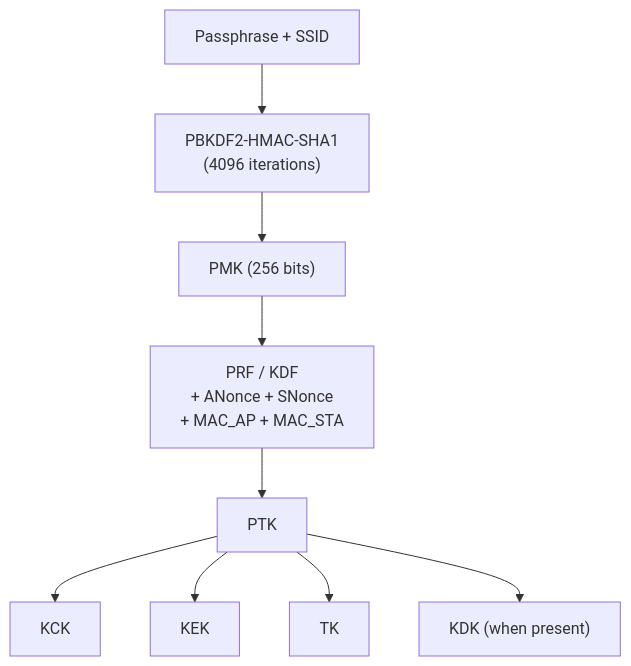
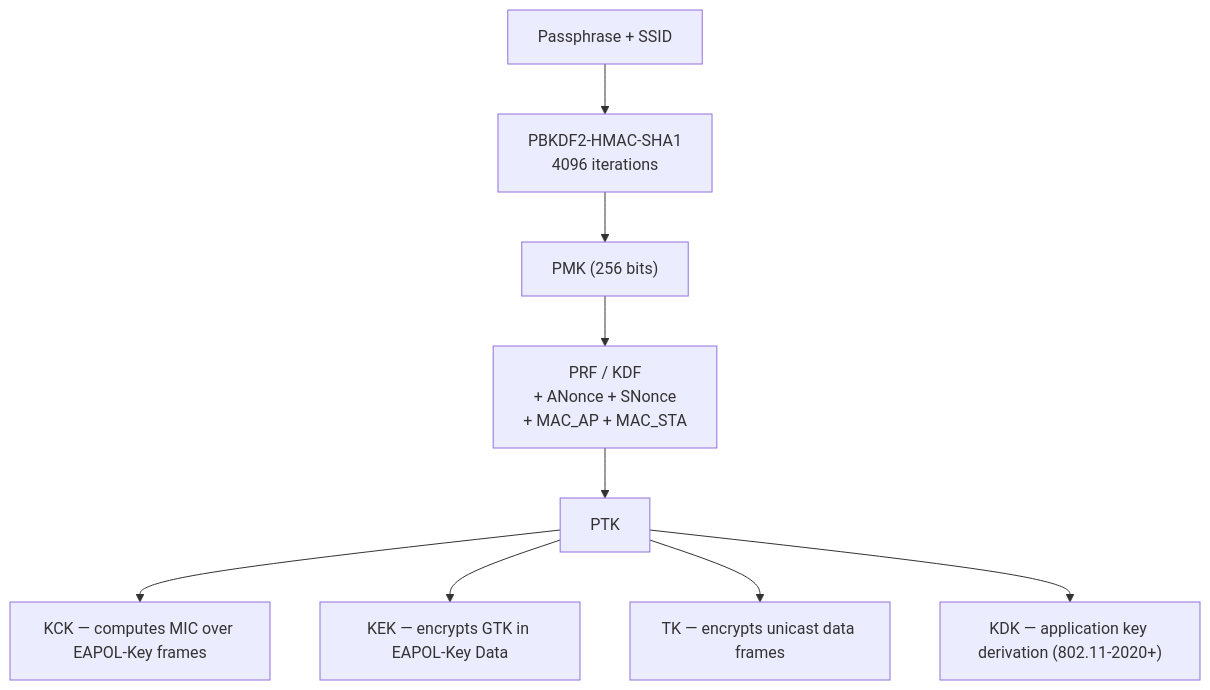
Before and after one commit to StrongWind1/WiFi_Cracking: the first of 2 diagrams in docs/protocol/key-hierarchy.md, drawn with Mermaid. The commit also changed other lines of this file and 12 other files, not shown here.

````diff
--- a/docs/protocol/key-hierarchy.md
+++ b/docs/protocol/key-hierarchy.md
@@ -13,11 +18,11 @@
 ```mermaid
 flowchart TD
-    A["Passphrase + SSID"] --> B["PBKDF2-HMAC-SHA1\n(4096 iterations)"]
-    B --> C["PMK (256 bits)"]
-    C --> D["PRF / KDF\n+ ANonce + SNonce\n+ MAC_AP + MAC_STA"]
-    D --> E["PTK"]
-    E --> F["KCK"]
-    E --> G["KEK"]
-    E --> H["TK"]
-    E --> I["KDK (when present)"]
+    P["Passphrase + SSID"] --> B["PBKDF2-HMAC-SHA1\n4096 iterations"]
+    B --> PMK["PMK (256 bits)"]
+    PMK --> PRF["PRF / KDF\n+ ANonce + SNonce\n+ MAC_AP + MAC_STA"]
+    PRF --> PTK["PTK"]
+    PTK --> KCK["KCK — computes MIC over EAPOL-Key frames"]
+    PTK --> KEK["KEK — encrypts GTK in EAPOL-Key Data"]
+    PTK --> TK["TK — encrypts unicast data frames"]
+    PTK --> KDK["KDK — application key derivation (802.11-2020+)"]
 ```
````
